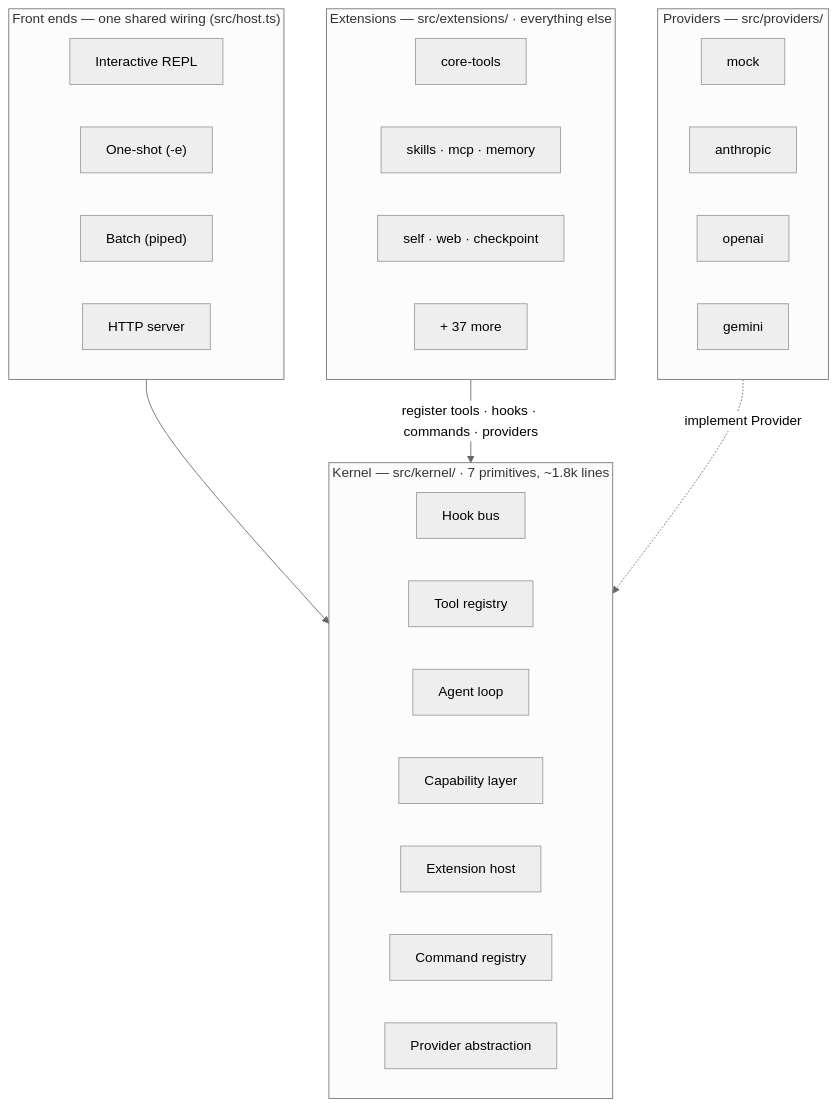
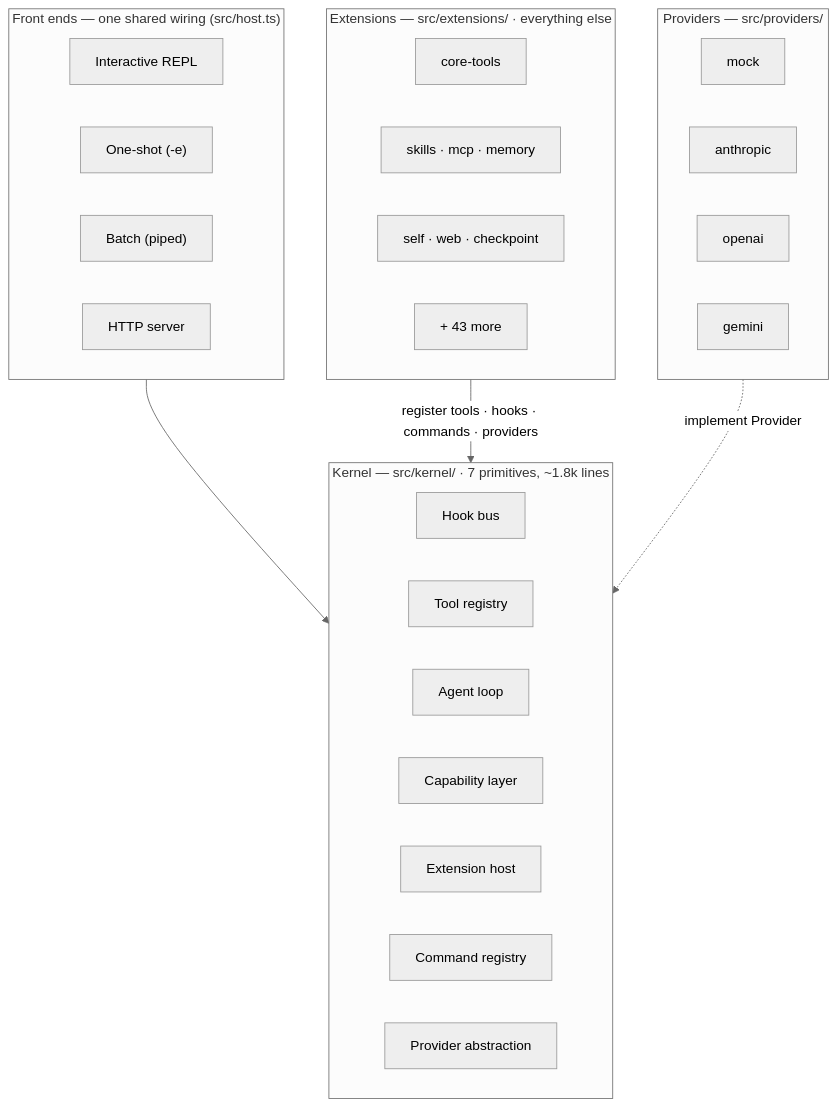
Before and after one commit to caohaotiantian/EAgent: the first of 5 diagrams in README.md, drawn with Mermaid (neutral theme). The commit also changed other lines of this file and 15 other files, not shown here.

````diff
--- a/README.md
+++ b/README.md
@@ -16,41 +16,41 @@
 ```mermaid
 flowchart TB
     subgraph FE["Front ends — one shared wiring (src/host.ts)"]
         direction LR
         REPL["Interactive REPL"]
         ONE["One-shot (-e)"]
         BATCH["Batch (piped)"]
         HTTP["HTTP server"]
     end
 
     subgraph KERNEL["Kernel — src/kernel/ · 7 primitives, ~1.8k lines"]
         direction LR
         HOOKS["Hook bus"]
         REG["Tool registry"]
         LOOP["Agent loop"]
         CAPS["Capability layer"]
         EXT["Extension host"]
         CMD["Command registry"]
         PROV["Provider abstraction"]
     end
 
     subgraph EXTS["Extensions — src/extensions/ · everything else"]
         direction LR
         X1["core-tools"]
         X2["skills · mcp · memory"]
         X3["self · web · checkpoint"]
-        X4["+ 37 more"]
+        X4["+ 43 more"]
     end
 
     subgraph PROVIDERS["Providers — src/providers/"]
         direction LR
         PM["mock"]
         PA["anthropic"]
         PO["openai"]
         PG["gemini"]
     end
 
     FE --> KERNEL
     EXTS -->|"register tools · hooks · commands · providers"| KERNEL
     PROVIDERS -.->|"implement Provider"| PROV
 ```
````
